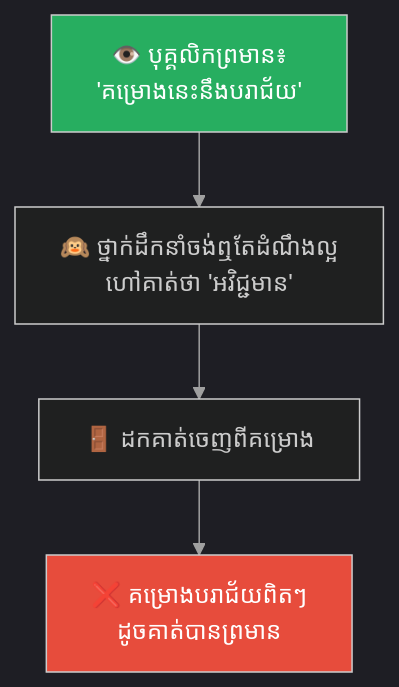
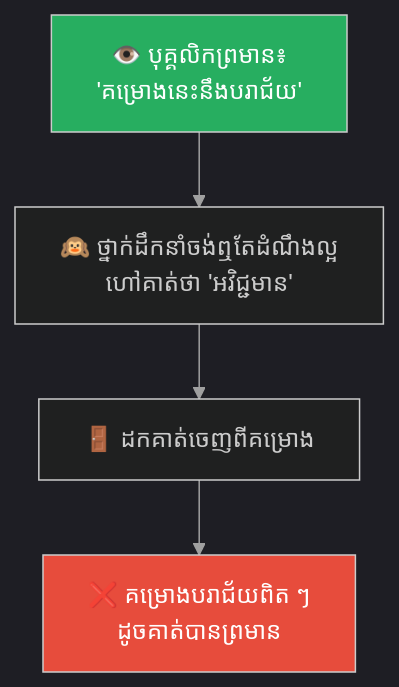
Before and after one commit to GuideStack/iblogger-feeds: the second of 5 diagrams in feeds/concepts/parables/246-the-monk-who-banished-the-truth.md, drawn with Mermaid. The commit also changed other lines of this file and 11 other files, not shown here.

````diff
--- a/feeds/concepts/parables/246-the-monk-who-banished-the-truth.md
+++ b/feeds/concepts/parables/246-the-monk-who-banished-the-truth.md
@@ -116,18 +116,18 @@
 ```mermaid
 %%{init: {
   'theme': 'dark',
   'themeVariables': {
     'background': '#1e1e1e',
     'primaryTextColor': '#ffffff',
     'lineColor': '#a0a0a0'
   },
   'themeCSS': 'svg { background-color: #1e1e1e !important; padding: 1rem !important; border-radius: 8px !important; } .edgeLabel rect { fill: #1e1e1e !important; } text, tspan { fill: #ffffff !important; }'
 }}%%
 graph TD
     A["👁️ បុគ្គលិកព្រមាន៖<br/>'គម្រោងនេះនឹងបរាជ័យ'"] --> B["🙉 ថ្នាក់ដឹកនាំចង់ឮតែដំណឹងល្អ<br/>ហៅគាត់ថា 'អវិជ្ជមាន'"]
     B --> C["🚪 ដកគាត់ចេញពីគម្រោង"]
-    C --> D["❌ គម្រោងបរាជ័យពិតៗ<br/>ដូចគាត់បានព្រមាន"]
+    C --> D["❌ គម្រោងបរាជ័យពិត ៗ <br/>ដូចគាត់បានព្រមាន"]
 
     style A fill:#27ae60,color:#fff
     style D fill:#e74c3c,color:#fff
 ```
````
